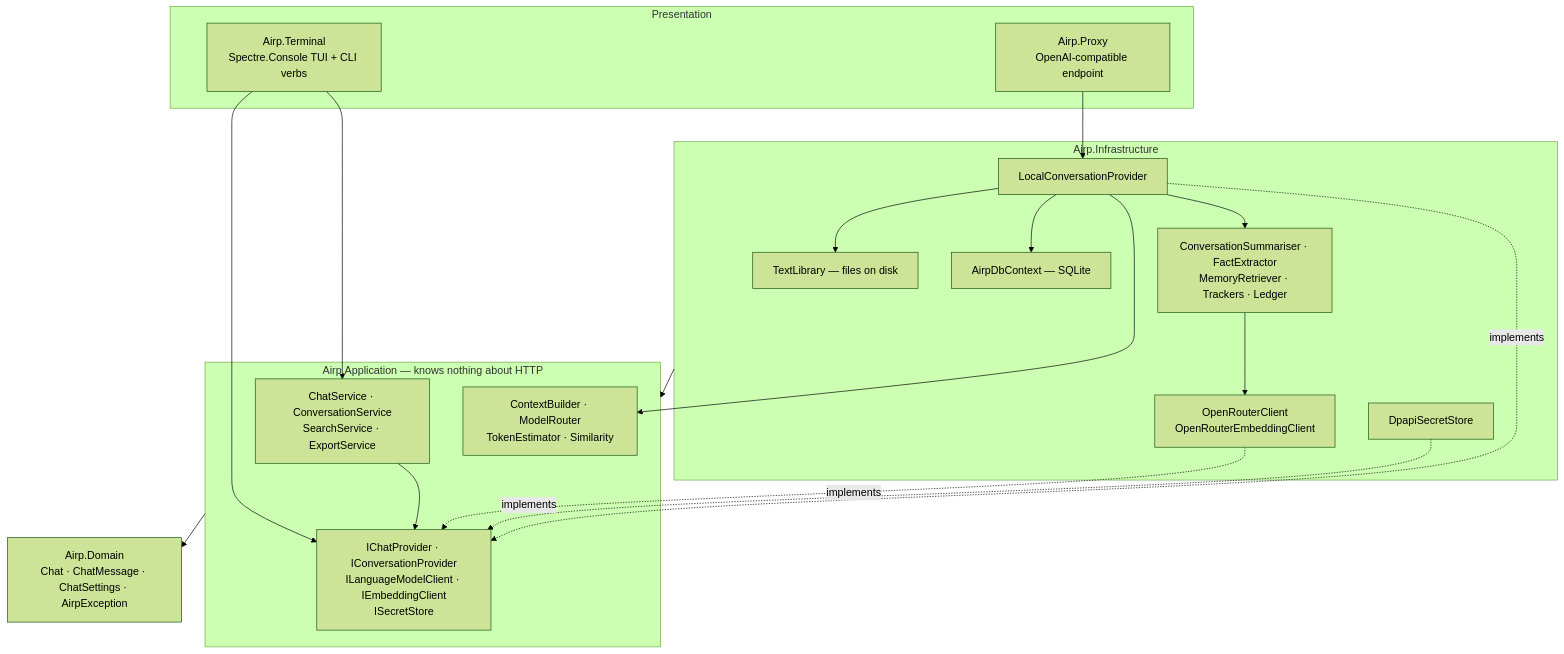
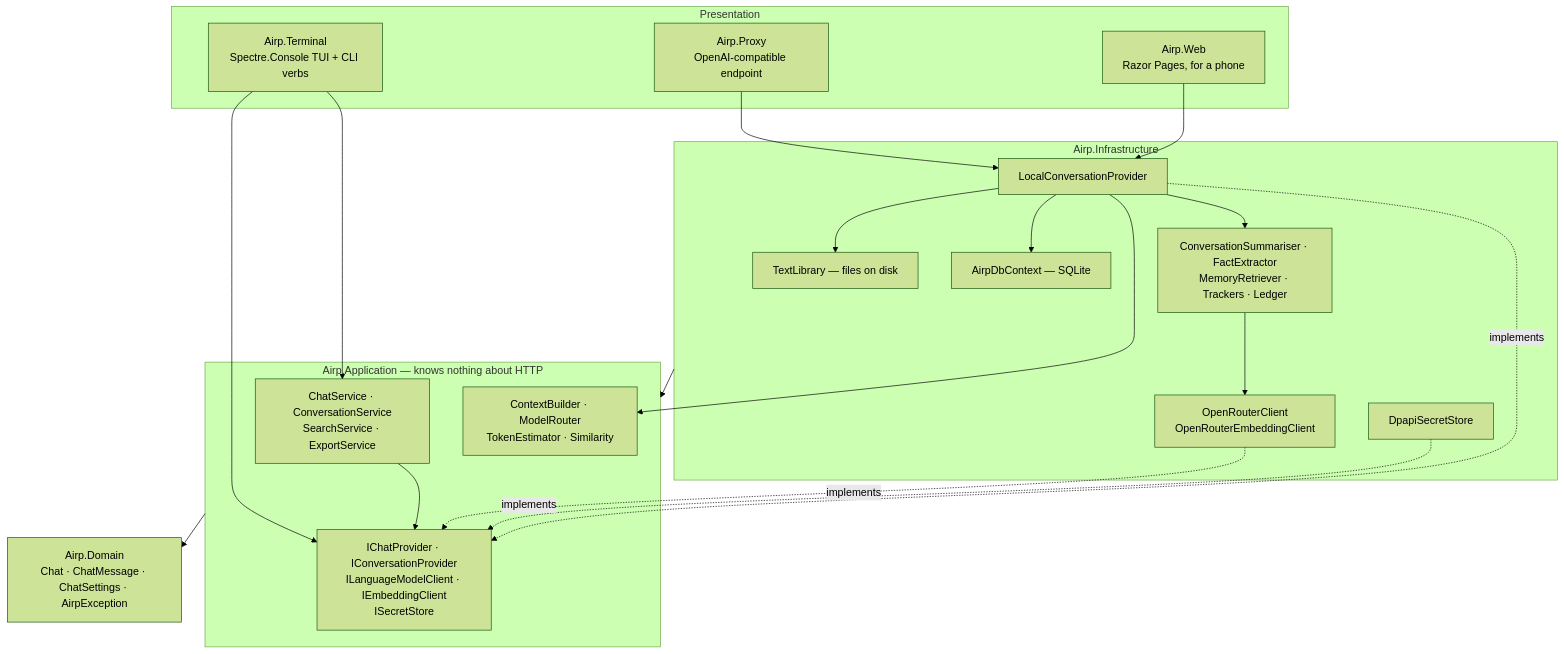
Before and after one commit to argamboad/custom-airp: the first of 8 diagrams in docs/ARCHITECTURE.md, drawn with Mermaid (forest theme). The commit also changed other lines of this file and 4 other files, not shown here.

````diff
--- a/docs/ARCHITECTURE.md
+++ b/docs/ARCHITECTURE.md
@@ -21,39 +21,41 @@
 ```mermaid
 flowchart TB
     subgraph Presentation
         Terminal["Airp.Terminal\nSpectre.Console TUI + CLI verbs"]
         Proxy["Airp.Proxy\nOpenAI-compatible endpoint"]
+        Web["Airp.Web\nRazor Pages, for a phone"]
     end
 
     subgraph Application["Airp.Application — knows nothing about HTTP"]
         Services["ChatService · ConversationService\nSearchService · ExportService"]
         Abstractions["IChatProvider · IConversationProvider\nILanguageModelClient · IEmbeddingClient\nISecretStore"]
         Ctx["ContextBuilder · ModelRouter\nTokenEstimator · Similarity"]
     end
 
     subgraph Infrastructure["Airp.Infrastructure"]
         LCP["LocalConversationProvider"]
         Memory["ConversationSummariser · FactExtractor\nMemoryRetriever · Trackers · Ledger"]
         ORC["OpenRouterClient\nOpenRouterEmbeddingClient"]
         Store["AirpDbContext — SQLite"]
         Lib["TextLibrary — files on disk"]
         Secrets["DpapiSecretStore"]
     end
 
     Domain["Airp.Domain\nChat · ChatMessage · ChatSettings · AirpException"]
 
     Terminal --> Services
     Terminal --> Abstractions
     Proxy --> LCP
+    Web --> LCP
     Services --> Abstractions
     LCP -. implements .-> Abstractions
     ORC -. implements .-> Abstractions
     Secrets -. implements .-> Abstractions
     LCP --> Memory
     LCP --> Ctx
     LCP --> Store
     LCP --> Lib
     Memory --> ORC
     Application --> Domain
     Infrastructure --> Application
 ```
````
